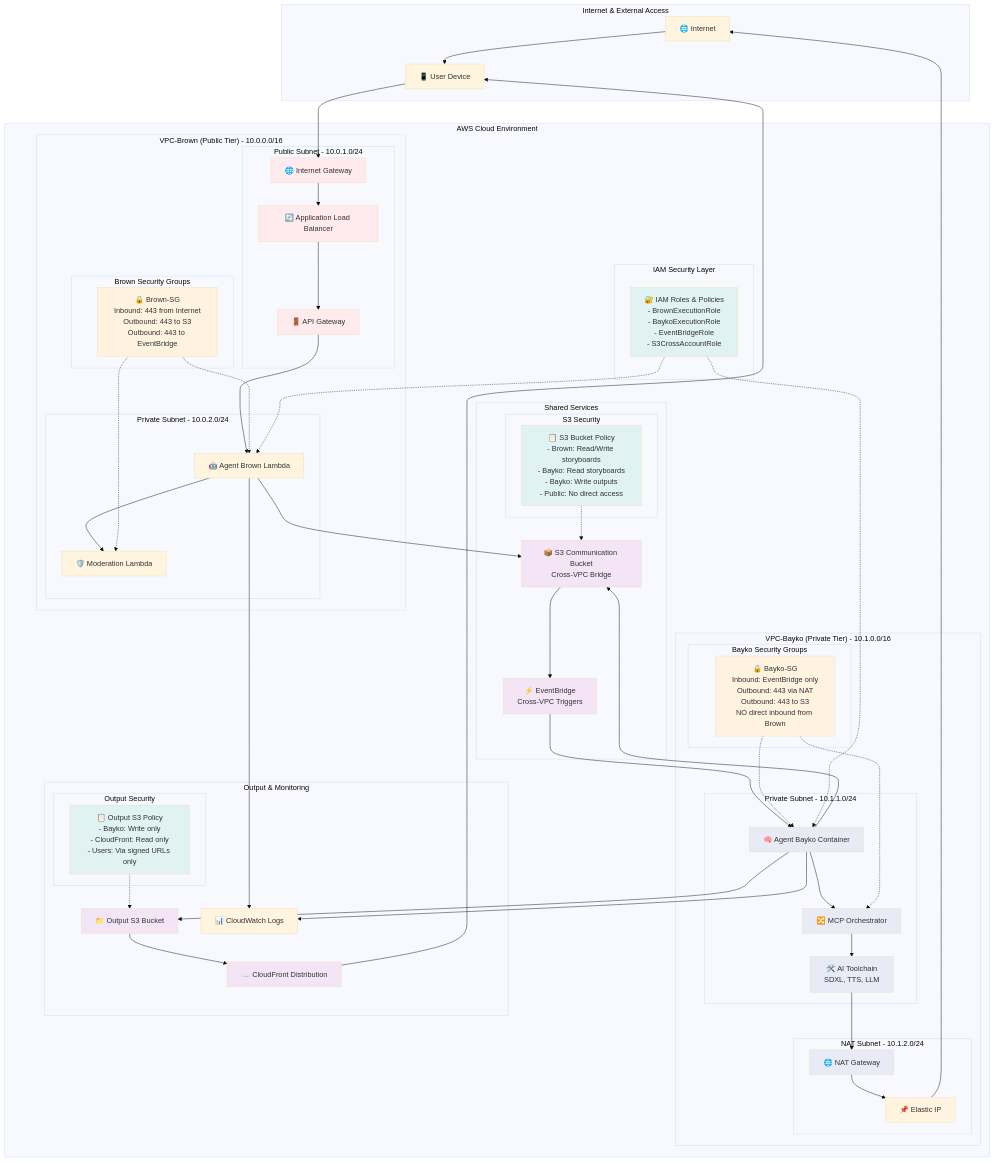
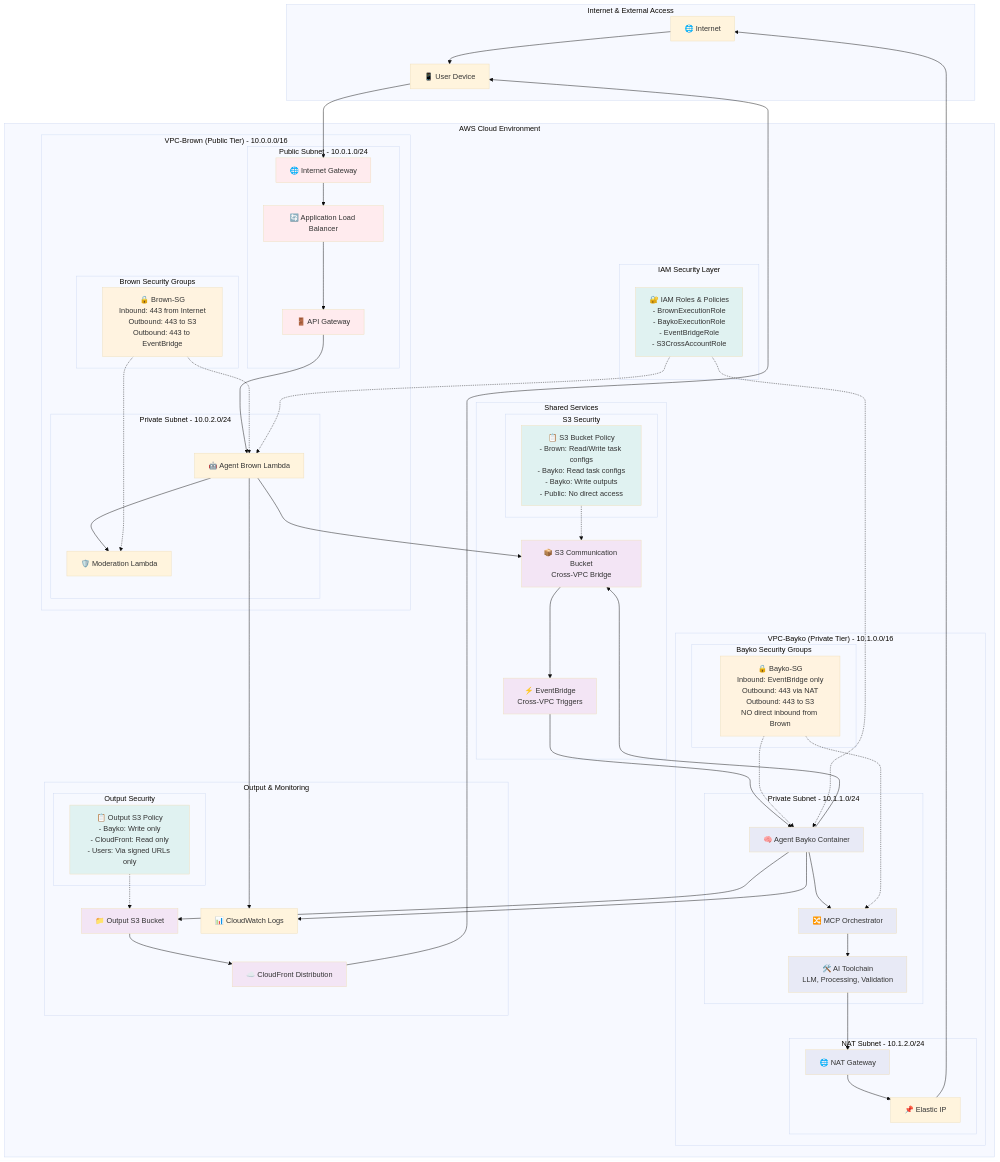
The fifth of 5 diagrams in projects/00-architecture/architecture.md (Ramsi-K/exp-net-fundamentals-2025-Q2), drawn with Mermaid (base theme) before and after one commit. The commit also changed other lines of this file and 3 other files, not shown here.

```diff
--- a/projects/00-architecture/architecture.md
+++ b/projects/00-architecture/architecture.md
@@ -410,7 +406,7 @@
             EventBridge[⚡ EventBridge<br/>Cross-VPC Triggers]
 
             subgraph "S3 Security"
-                S3Policy["📋 S3 Bucket Policy<br/>- Brown: Read/Write storyboards<br/>- Bayko: Read storyboards<br/>- Bayko: Write outputs<br/>- Public: No direct access"]
+                S3Policy["📋 S3 Bucket Policy<br/>- Brown: Read/Write task configs<br/>- Bayko: Read task configs<br/>- Bayko: Write outputs<br/>- Public: No direct access"]
             end
         end
 
@@ -418,7 +414,7 @@
             subgraph "Private Subnet - 10.1.1.0/24"
                 AgentBayko[🧠 Agent Bayko Container]
                 MCPSystem[🔀 MCP Orchestrator]
-                AIToolchain[🛠️ AI Toolchain<br/>SDXL, TTS, LLM]
+                AIToolchain[🛠️ AI Toolchain<br/>LLM, Processing, Validation]
             end
 
             subgraph "NAT Subnet - 10.1.2.0/24"
```
